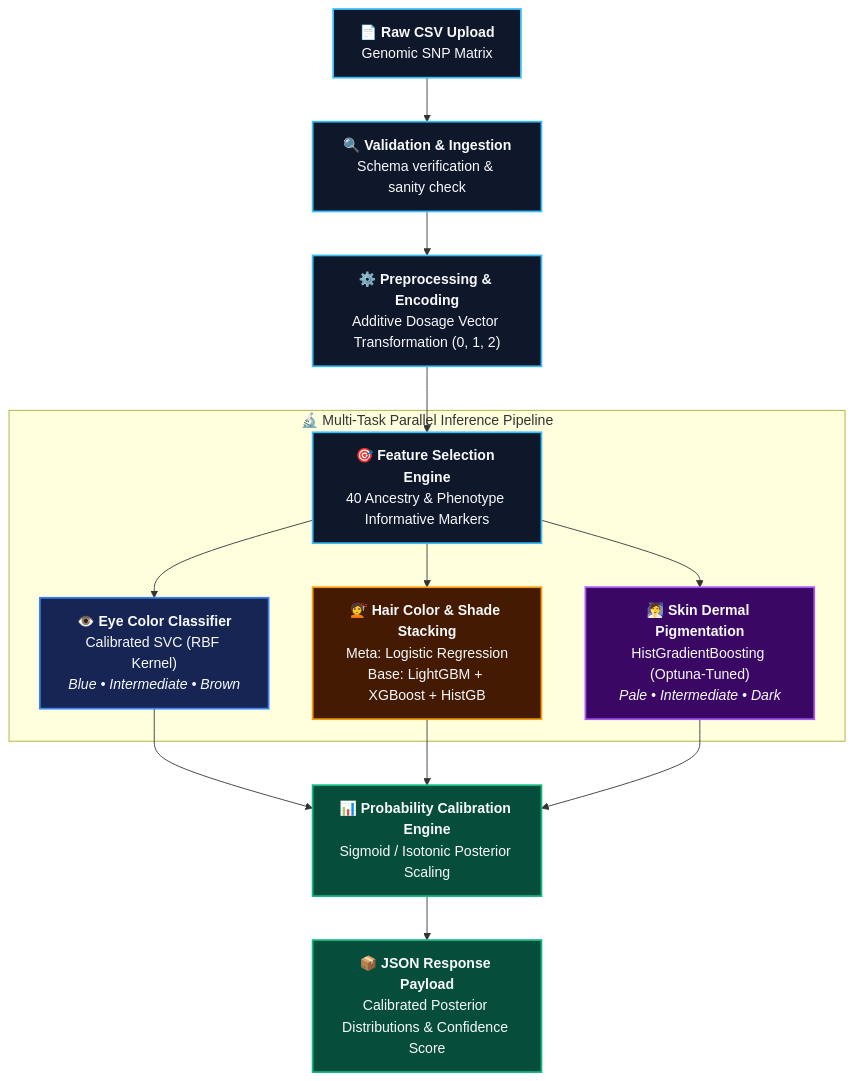
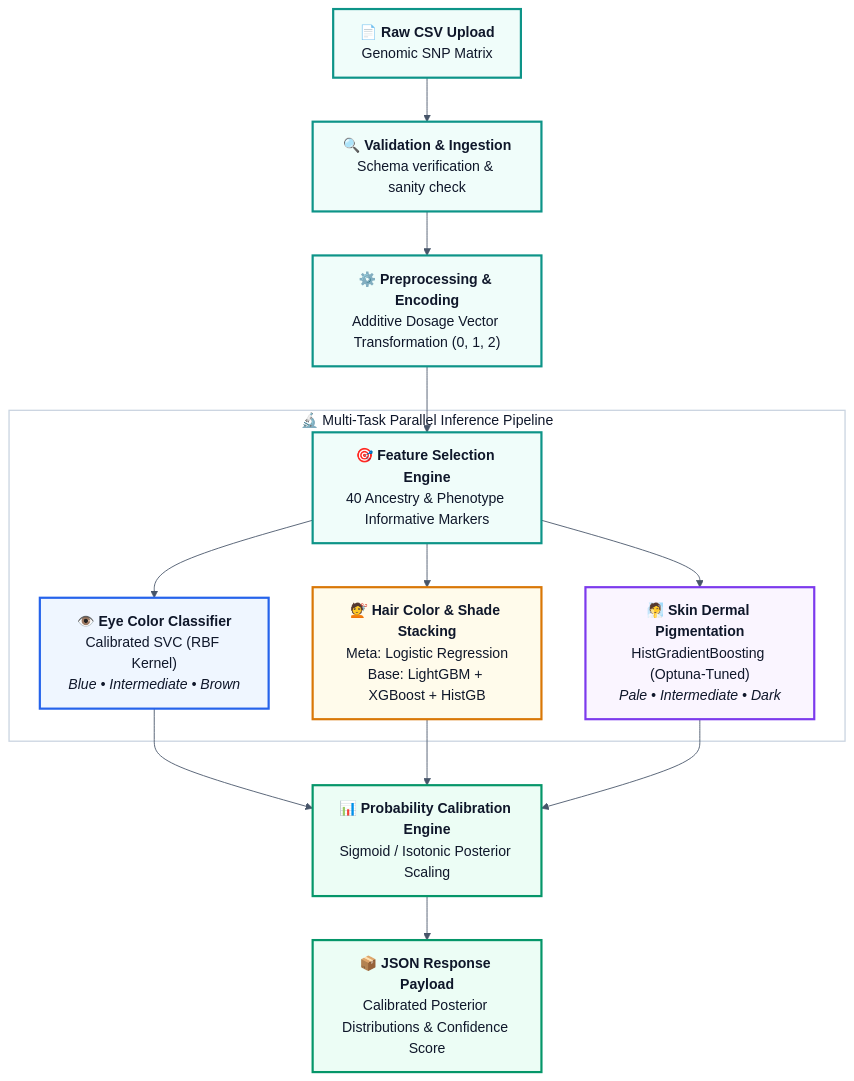
One commit to maryamemaddd/GenoScene changed the diagram in ai/README.md. Above: the diagram before and after it, drawn with Mermaid. The commit also changed 2 other files, not shown here.

Commit message:
style(diagrams): Set crisp white background with DNA base-pair color scheme across all Mermaid diagrams

````diff
--- a/ai/README.md
+++ b/ai/README.md
@@ -22,29 +22,32 @@
 ```mermaid
+%%{init: {'theme': 'base', 'themeVariables': { 'darkMode': false, 'background': '#FFFFFF', 'mainBkg': '#FFFFFF', 'clusterBkg': '#FFFFFF', 'clusterBorder': '#CBD5E1', 'lineColor': '#475569' }}}%%
 flowchart TD
     CSV["📄 <b>Raw CSV Upload</b><br/>Genomic SNP Matrix"] --> Val["🔍 <b>Validation & Ingestion</b><br/>Schema verification & sanity check"]
     Val --> Pre["⚙️ <b>Preprocessing & Encoding</b><br/>Additive Dosage Vector Transformation (0, 1, 2)"]
     Pre --> FS["🎯 <b>Feature Selection Engine</b><br/>40 Ancestry & Phenotype Informative Markers"]
 
     subgraph ML_Inference ["🔬 Multi-Task Parallel Inference Pipeline"]
         FS --> M1["👁️ <b>Eye Color Classifier</b><br/>Calibrated SVC (RBF Kernel)<br/><i>Blue • Intermediate • Brown</i>"]
         FS --> M2["💇 <b>Hair Color & Shade Stacking</b><br/>Meta: Logistic Regression<br/>Base: LightGBM + XGBoost + HistGB"]
         FS --> M3["🧖 <b>Skin Dermal Pigmentation</b><br/>HistGradientBoosting (Optuna-Tuned)<br/><i>Pale • Intermediate • Dark</i>"]
     end
 
     M1 --> Calib["📊 <b>Probability Calibration Engine</b><br/>Sigmoid / Isotonic Posterior Scaling"]
     M2 --> Calib
     M3 --> Calib
     Calib --> Out["📦 <b>JSON Response Payload</b><br/>Calibrated Posterior Distributions & Confidence Score"]
 
-    classDef startStyle fill:#0F172A,stroke:#38BDF8,stroke-width:2px,color:#F8FAFC;
-    classDef modelEye fill:#172554,stroke:#3B82F6,stroke-width:2px,color:#F8FAFC;
-    classDef modelHair fill:#451A03,stroke:#F59E0B,stroke-width:2px,color:#F8FAFC;
-    classDef modelSkin fill:#3B0764,stroke:#A855F7,stroke-width:2px,color:#F8FAFC;
-    classDef endStyle fill:#064E3B,stroke:#10B981,stroke-width:2px,color:#F8FAFC;
+    classDef dnaCyan fill:#F0FDFA,stroke:#0D9488,stroke-width:2.5px,color:#0F172A;
+    classDef dnaBlue fill:#EFF6FF,stroke:#2563EB,stroke-width:2.5px,color:#0F172A;
+    classDef dnaAmber fill:#FFFBEB,stroke:#D97706,stroke-width:2.5px,color:#0F172A;
+    classDef dnaPurple fill:#FAF5FF,stroke:#7C3AED,stroke-width:2.5px,color:#0F172A;
+    classDef dnaGreen fill:#ECFDF5,stroke:#059669,stroke-width:2.5px,color:#0F172A;
 
-    class CSV,Val,Pre,FS startStyle;
-    class M1 modelEye;
-    class M2 modelHair;
-    class M3 modelSkin;
-    class Calib,Out endStyle;
+    class CSV,Val,Pre,FS dnaCyan;
+    class M1 dnaBlue;
+    class M2 dnaAmber;
+    class M3 dnaPurple;
+    class Calib,Out dnaGreen;
+
+    style ML_Inference fill:#FFFFFF,stroke:#CBD5E1,stroke-width:1.5px,color:#0F172A;
 ```
````
